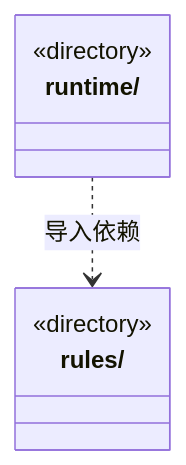
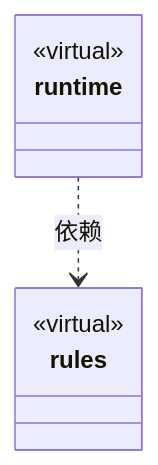
One commit to nan023062/cbim changed the diagram in src/logic/tasks/ARCHITECTURE.md. Above: the diagram before and after it, drawn with Mermaid. The commit also changed other lines of this file and 158 other files, not shown here.

Commit message:
docs: model architecture through nested virtual encapsulations

````diff
--- a/src/logic/tasks/ARCHITECTURE.md
+++ b/src/logic/tasks/ARCHITECTURE.md
@@ -35,10 +17,12 @@
 ```mermaid
 classDiagram
-class N_src_logic_tasks_rules["rules/"] {
-  <<directory>>
+class N_f6b0dbd6483a["rules"] {
+  <<virtual>>
 }
-class N_src_logic_tasks_runtime["runtime/"] {
-  <<directory>>
+click N_f6b0dbd6483a href "rules/ARCHITECTURE.md"
+class N_10d1c2fa0514["runtime"] {
+  <<virtual>>
 }
-N_src_logic_tasks_runtime ..> N_src_logic_tasks_rules : 导入依赖
+click N_10d1c2fa0514 href "runtime/ARCHITECTURE.md"
+N_10d1c2fa0514 ..> N_f6b0dbd6483a : 依赖
 ```
````
